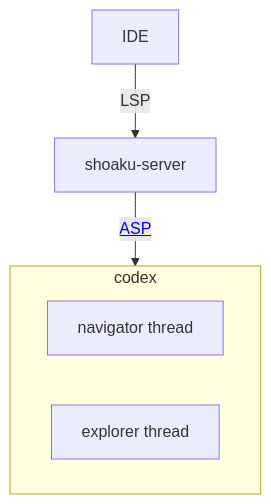
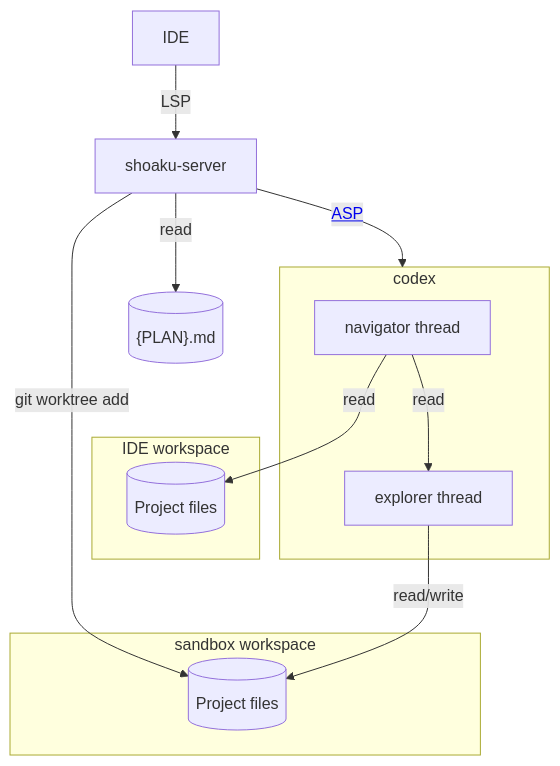
Before and after one commit to seachicken/intellij-shoaku: the diagram in docs/architecture.md, drawn with Mermaid.

Commit message:
Update architecture diagram

````diff
--- a/docs/architecture.md
+++ b/docs/architecture.md
@@ -3,9 +3,20 @@
 ```mermaid
 graph TD
+  subgraph user_workspace["IDE workspace"]
+    project-files[(Project files)]
+  end
+  subgraph sandbox_workspace["sandbox workspace"]
+    worktree-files[(Project files)]
+  end
   subgraph codex
     navigator[navigator thread]
     explorer[explorer thread]
   end
 
-  IDE -- "LSP" --> shoaku-server -- "<a href='https://github.com/openai/codex/blob/main/codex-rs/app-server/README.md'>ASP</a>" --> codex
+  shoaku-server -- read --> todo[("{PLAN}.md")]
+  IDE -- LSP --> shoaku-server -- <a href='https://github.com/openai/codex/blob/main/codex-rs/app-server/README.md'>ASP</a> --> codex
+  shoaku-server -- "git worktree add" --> worktree-files
+  navigator -- read --> explorer
+  navigator -- read --> project-files
+  explorer -- read/write --> worktree-files
 ```
````
